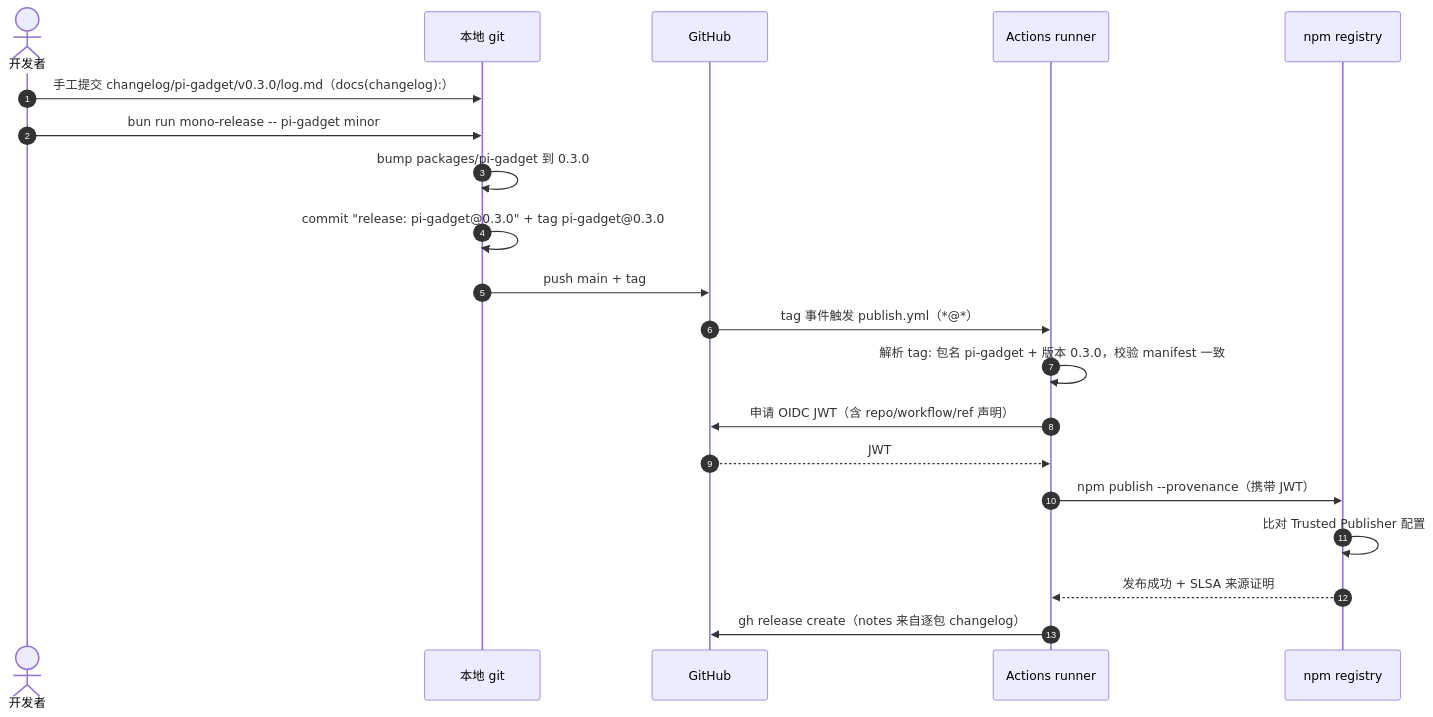
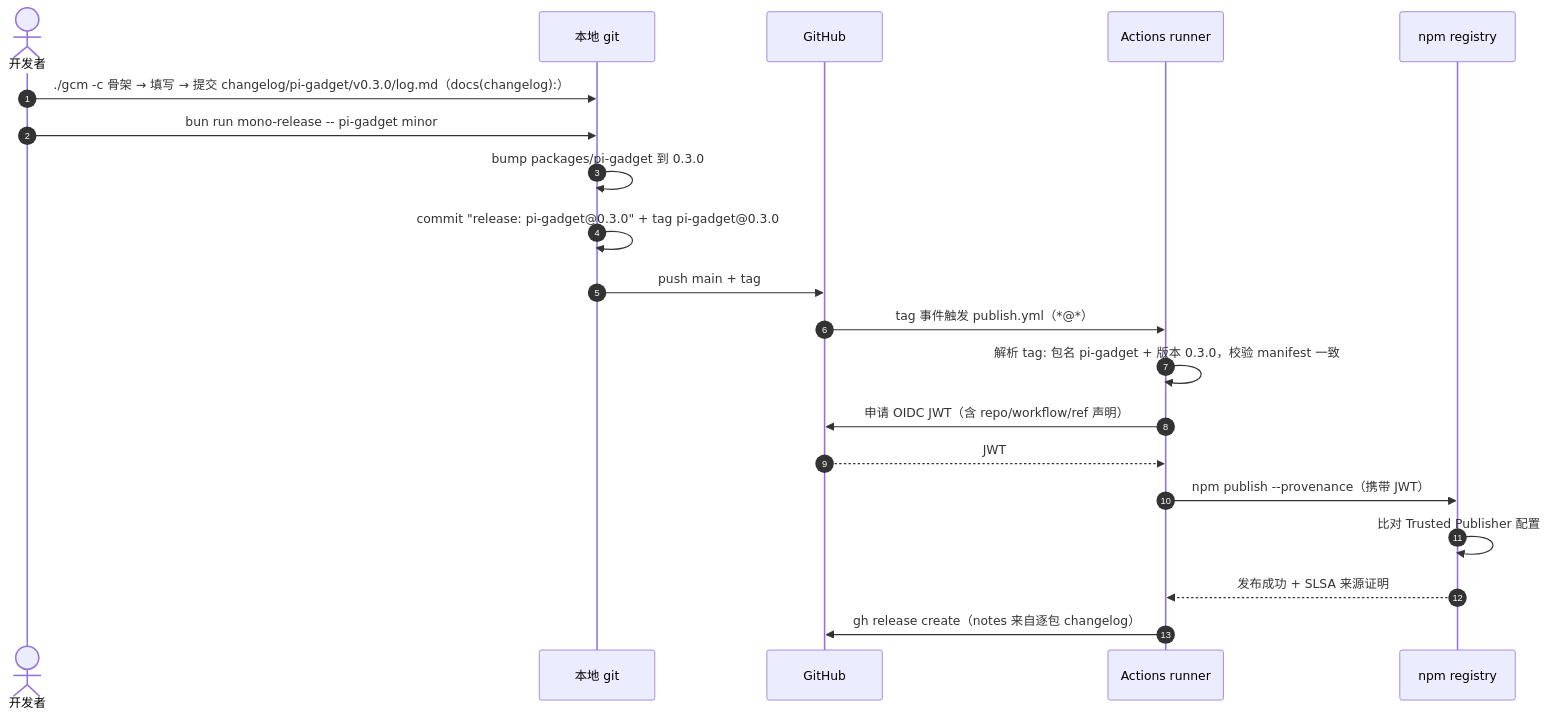
Before and after one commit to yceachan/ea-pi-extensions: the second of 2 diagrams in docs/发行版本控制策略.md, drawn with Mermaid. The commit also changed other lines of this file and 7 other files, not shown here.

````diff
--- a/docs/发行版本控制策略.md
+++ b/docs/发行版本控制策略.md
@@ -136,23 +137,23 @@
 ```mermaid
 sequenceDiagram
   autonumber
   actor Dev as 开发者
   participant Local as 本地 git
   participant GH as GitHub
   participant CI as Actions runner
   participant NPM as npm registry
 
-  Dev->>Local: 手工提交 changelog/pi-gadget/v0.3.0/log.md（docs(changelog):）
+  Dev->>Local: ./gcm -c 骨架 → 填写 → 提交 changelog/pi-gadget/v0.3.0/log.md（docs(changelog):）
   Dev->>Local: bun run mono-release -- pi-gadget minor
   Local->>Local: bump packages/pi-gadget 到 0.3.0
   Local->>Local: commit "release: pi-gadget@0.3.0" + tag pi-gadget@0.3.0
   Local->>GH: push main + tag
   GH->>CI: tag 事件触发 publish.yml（*@*）
   CI->>CI: 解析 tag: 包名 pi-gadget + 版本 0.3.0，校验 manifest 一致
   CI->>GH: 申请 OIDC JWT（含 repo/workflow/ref 声明）
   GH-->>CI: JWT
   CI->>NPM: npm publish --provenance（携带 JWT）
   NPM->>NPM: 比对 Trusted Publisher 配置
   NPM-->>CI: 发布成功 + SLSA 来源证明
   CI->>GH: gh release create（notes 来自逐包 changelog）
 ```
````
